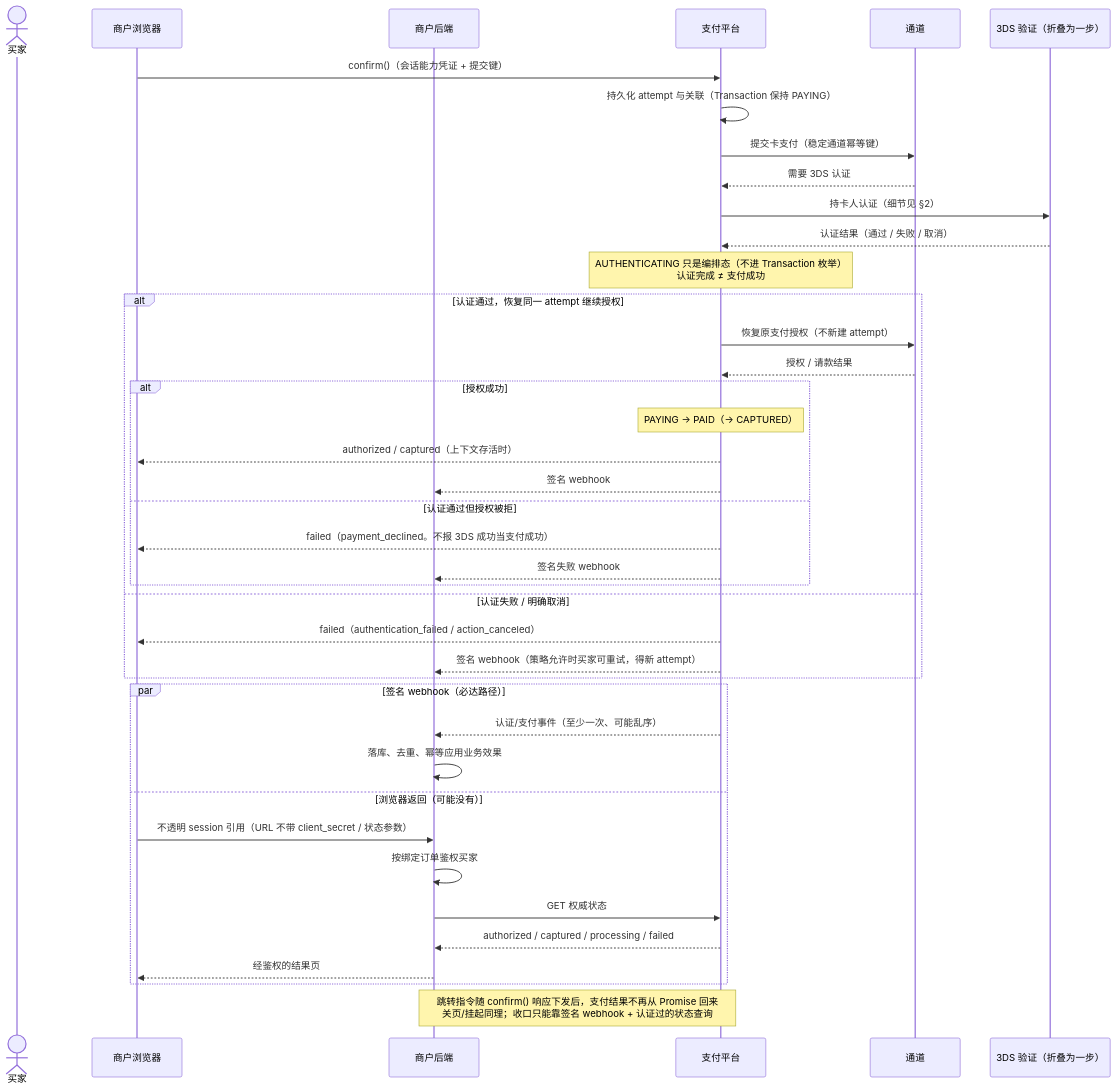
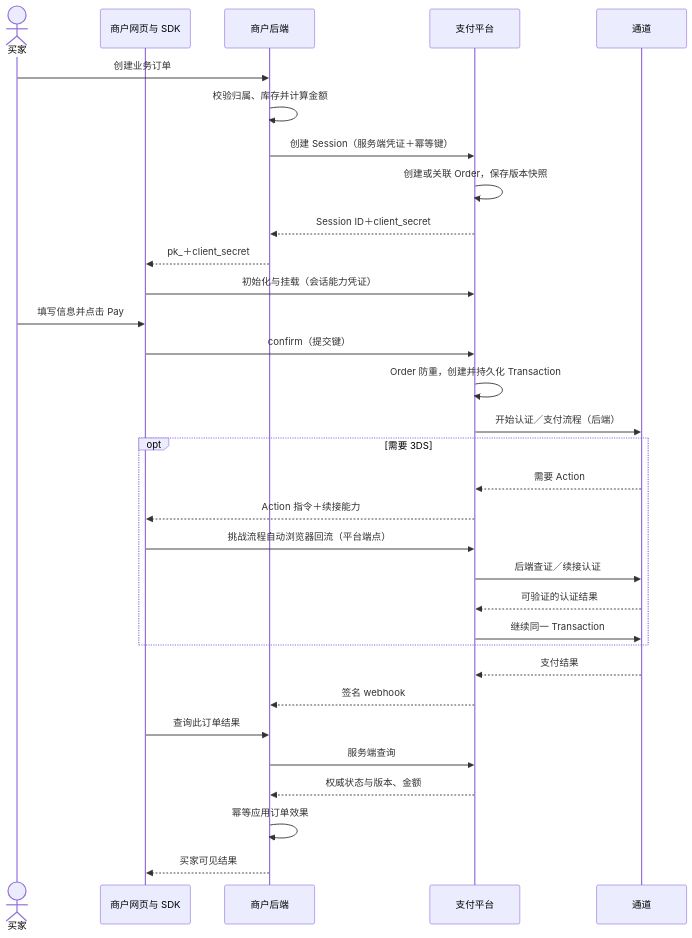
One commit to 1aboveio/wallet-architecture changed the second of 5 diagrams in docs/payment-element-auth-integration-design.md. Above: the diagram before and after it, drawn with Mermaid. The commit also changed other lines of this file and 1 other file, not shown here.

First line of the commit message:
docs: clarify payment element integration and recovery contracts (#4)

````diff
--- a/docs/payment-element-auth-integration-design.md
+++ b/docs/payment-element-auth-integration-design.md
@@ -88,46 +102,34 @@
 ```mermaid
 sequenceDiagram
-    actor Buyer as 买家
-    participant Browser as 商户浏览器
-    participant Backend as 商户后端
-    participant Platform as 支付平台
-    participant Processor as 通道
-    participant DS3 as 3DS 验证（折叠为一步）
-
-    Browser->>Platform: confirm()（会话能力凭证 + 提交键）
-    Platform->>Platform: 持久化 attempt 与关联（Transaction 保持 PAYING）
-    Platform->>Processor: 提交卡支付（稳定通道幂等键）
-    Processor-->>Platform: 需要 3DS 认证
-    Platform->>DS3: 持卡人认证（细节见 §2）
-    DS3-->>Platform: 认证结果（通过 / 失败 / 取消）
-    Note over Platform: AUTHENTICATING 只是编排态（不进 Transaction 枚举）<br/>认证完成 ≠ 支付成功
-
-    alt 认证通过，恢复同一 attempt 继续授权
-        Platform->>Processor: 恢复原支付授权（不新建 attempt）
-        Processor-->>Platform: 授权 / 请款结果
-        alt 授权成功
-            Note over Platform: PAYING → PAID（→ CAPTURED）
-            Platform-->>Browser: authorized / captured（上下文存活时）
-            Platform-->>Backend: 签名 webhook
-        else 认证通过但授权被拒
-            Platform-->>Browser: failed（payment_declined。不报 3DS 成功当支付成功）
-            Platform-->>Backend: 签名失败 webhook
-        end
-    else 认证失败 / 明确取消
-        Platform-->>Browser: failed（authentication_failed / action_canceled）
-        Platform-->>Backend: 签名 webhook（策略允许时买家可重试，得新 attempt）
+    actor B as 买家
+    participant W as 商户网页与 SDK
+    participant M as 商户后端
+    participant P as 支付平台
+    participant C as 通道
+    B->>M: 创建业务订单
+    M->>M: 校验归属、库存并计算金额
+    M->>P: 创建 Session（服务端凭证＋幂等键）
+    P->>P: 创建或关联 Order，保存版本快照
+    P-->>M: Session ID＋client_secret
+    M-->>W: pk_＋client_secret
+    W->>P: 初始化与挂载（会话能力凭证）
+    B->>W: 填写信息并点击 Pay
+    W->>P: confirm（提交键）
+    P->>P: Order 防重，创建并持久化 Transaction
+    P->>C: 开始认证／支付流程（后端）
+    opt 需要 3DS
+        C-->>P: 需要 Action
+        P-->>W: Action 指令＋续接能力
+        W->>P: 挑战流程自动浏览器回流（平台端点）
+        P->>C: 后端查证／续接认证
+        C-->>P: 可验证的认证结果
+        P->>C: 继续同一 Transaction
     end
-
-    par 签名 webhook（必达路径）
-        Platform-->>Backend: 认证/支付事件（至少一次、可能乱序）
-        Backend->>Backend: 落库、去重、幂等应用业务效果
-    and 浏览器返回（可能没有）
-        Browser->>Backend: 不透明 session 引用（URL 不带 client_secret / 状态参数）
-        Backend->>Backend: 按绑定订单鉴权买家
-        Backend->>Platform: GET 权威状态
-        Platform-->>Backend: authorized / captured / processing / failed
-        Backend-->>Browser: 经鉴权的结果页
-    end
-
-    Note over Platform,Backend: 跳转指令随 confirm() 响应下发后，支付结果不再从 Promise 回来<br/>关页/挂起同理；收口只能靠签名 webhook + 认证过的状态查询
+    C-->>P: 支付结果
+    P-->>M: 签名 webhook
+    W->>M: 查询此订单结果
+    M->>P: 服务端查询
+    P-->>M: 权威状态与版本、金额
+    M->>M: 幂等应用订单效果
+    M-->>W: 买家可见结果
 ```
````
